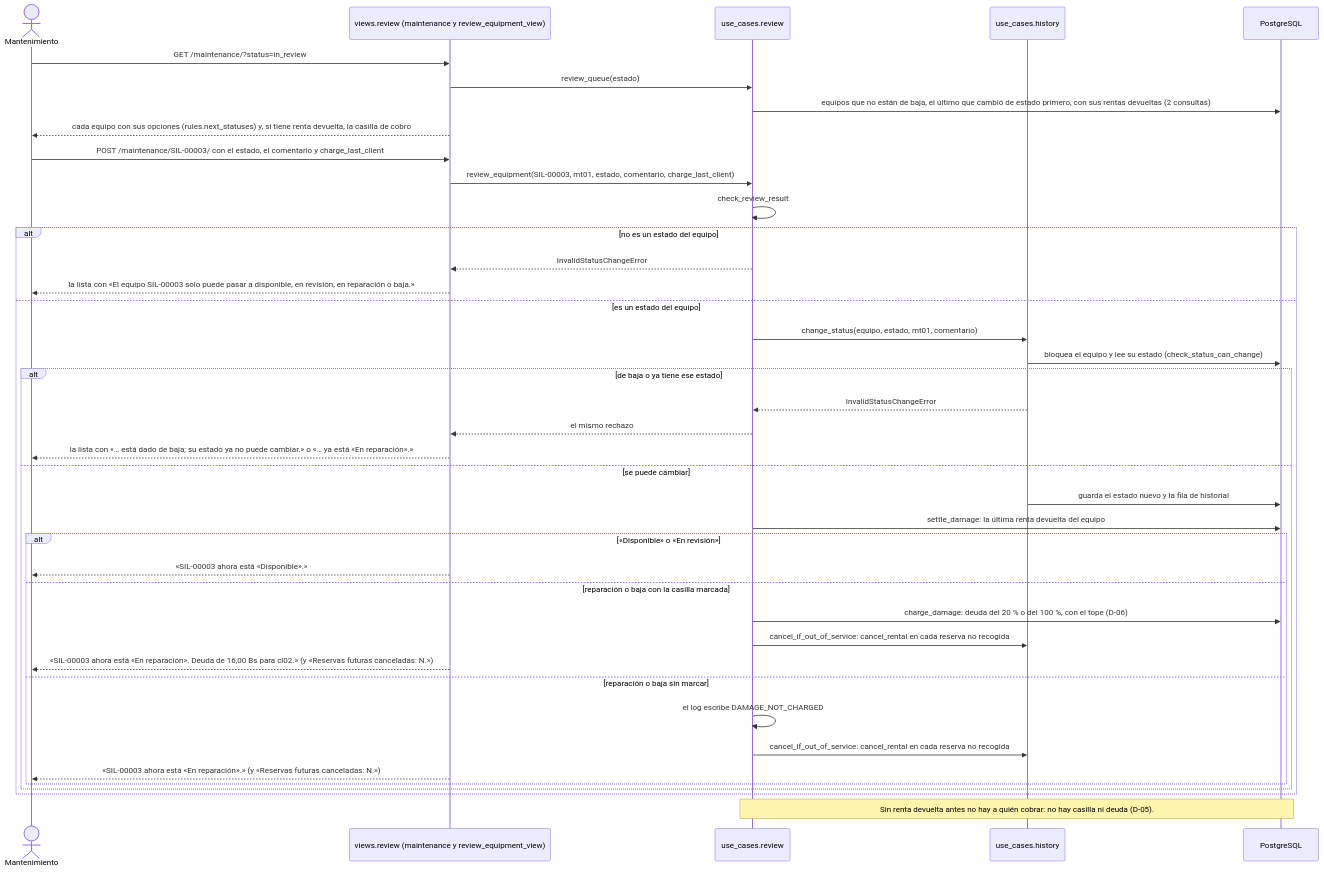
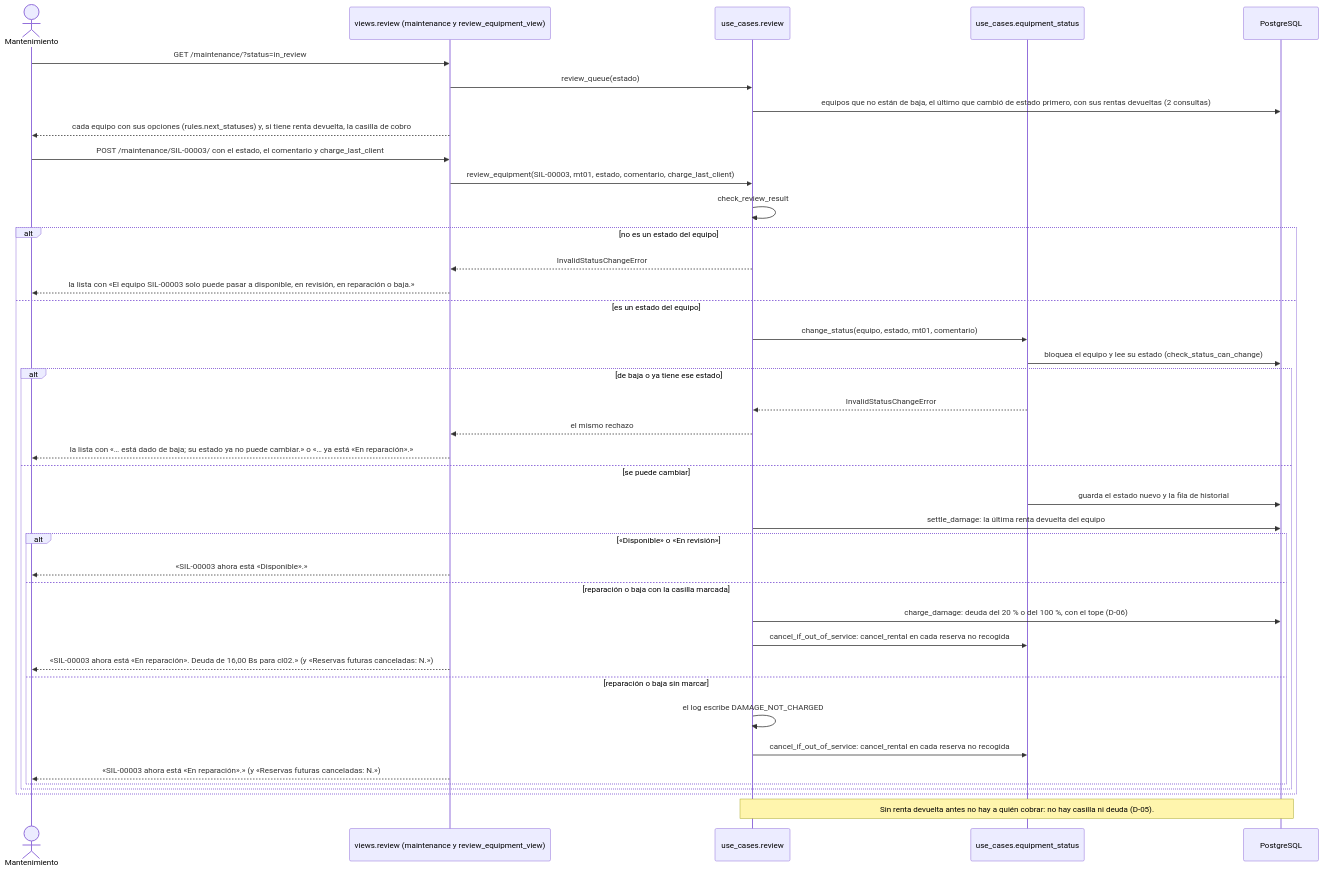
One commit to peterteranb/astra-rent-system changed diagram 20 of 38 in docs/casos-de-uso.md. Above: the diagram before and after it, drawn with Mermaid. The commit also changed other lines of this file and 30 other files, not shown here.

````diff
--- a/docs/casos-de-uso.md
+++ b/docs/casos-de-uso.md
@@ -734,42 +734,42 @@
 ```mermaid
 sequenceDiagram
     actor T as Mantenimiento
     participant V as views.review (maintenance y review_equipment_view)
     participant U as use_cases.review
-    participant H as use_cases.history
+    participant H as use_cases.equipment_status
     participant BD as PostgreSQL
     T->>V: GET /maintenance/?status=in_review
     V->>U: review_queue(estado)
     U->>BD: equipos que no están de baja, el último que cambió de estado primero, con sus rentas devueltas (2 consultas)
     V-->>T: cada equipo con sus opciones (rules.next_statuses) y, si tiene renta devuelta, la casilla de cobro
     T->>V: POST /maintenance/SIL-00003/ con el estado, el comentario y charge_last_client
     V->>U: review_equipment(SIL-00003, mt01, estado, comentario, charge_last_client)
     U->>U: check_review_result
     alt no es un estado del equipo
         U-->>V: InvalidStatusChangeError
         V-->>T: la lista con «El equipo SIL-00003 solo puede pasar a disponible, en revisión, en reparación o baja.»
     else es un estado del equipo
         U->>H: change_status(equipo, estado, mt01, comentario)
         H->>BD: bloquea el equipo y lee su estado (check_status_can_change)
         alt de baja o ya tiene ese estado
             H-->>U: InvalidStatusChangeError
             U-->>V: el mismo rechazo
             V-->>T: la lista con «… está dado de baja#59; su estado ya no puede cambiar.» o «… ya está «En reparación».»
         else se puede cambiar
             H->>BD: guarda el estado nuevo y la fila de historial
             U->>BD: settle_damage: la última renta devuelta del equipo
             alt «Disponible» o «En revisión»
                 V-->>T: «SIL-00003 ahora está «Disponible».»
             else reparación o baja con la casilla marcada
                 U->>BD: charge_damage: deuda del 20 % o del 100 %, con el tope (D-06)
                 U->>H: cancel_if_out_of_service: cancel_rental en cada reserva no recogida
                 V-->>T: «SIL-00003 ahora está «En reparación». Deuda de 16,00 Bs para cl02.» (y «Reservas futuras canceladas: N.»)
             else reparación o baja sin marcar
                 U->>U: el log escribe DAMAGE_NOT_CHARGED
                 U->>H: cancel_if_out_of_service: cancel_rental en cada reserva no recogida
                 V-->>T: «SIL-00003 ahora está «En reparación».» (y «Reservas futuras canceladas: N.»)
             end
         end
     end
     Note over U,BD: Sin renta devuelta antes no hay a quién cobrar: no hay casilla ni deuda (D-05).
 ```
````
